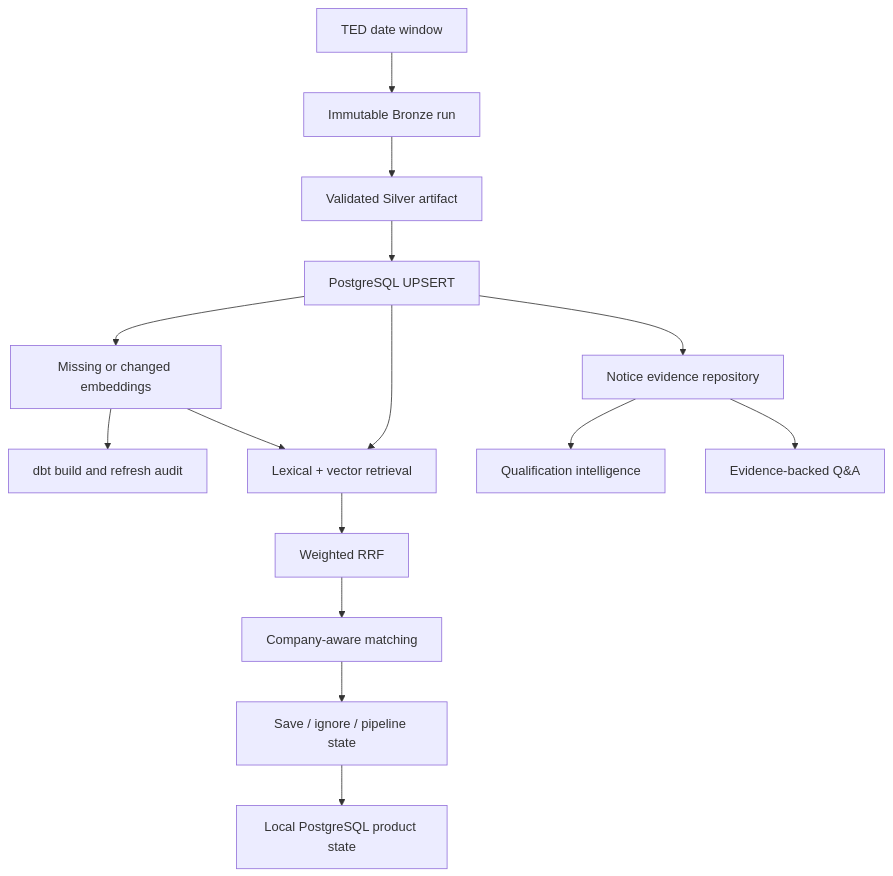
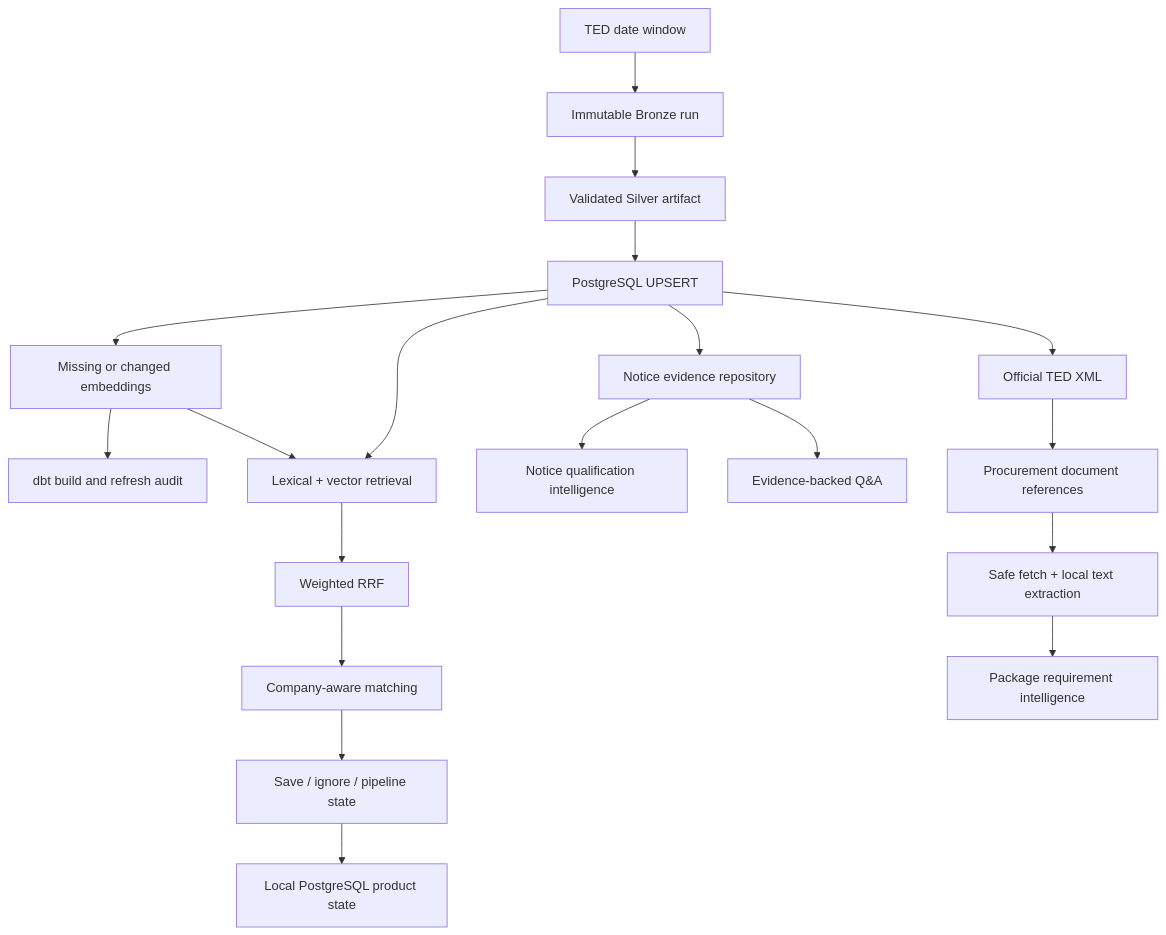
Before and after one commit to Tanjim-hossain/eu-tender-intelligence-platform: the diagram in README.md, drawn with Mermaid. The commit also changed other lines of this file and 21 other files, not shown here.

First line of the commit message:
feat: add procurement document package intelligence

````diff
--- a/README.md
+++ b/README.md
@@ -46,17 +51,21 @@
 ```mermaid
 flowchart TD
     A["TED date window"] --> B["Immutable Bronze run"]
     B --> C["Validated Silver artifact"]
     C --> D["PostgreSQL UPSERT"]
     D --> E["Missing or changed embeddings"]
     E --> F["dbt build and refresh audit"]
     D --> G["Lexical + vector retrieval"]
     E --> G
     G --> H["Weighted RRF"]
     H --> I["Company-aware matching"]
     I --> J["Save / ignore / pipeline state"]
     D --> K["Notice evidence repository"]
-    K --> L["Qualification intelligence"]
+    K --> L["Notice qualification intelligence"]
     K --> M["Evidence-backed Q&A"]
+    D --> O["Official TED XML"]
+    O --> P["Procurement document references"]
+    P --> Q["Safe fetch + local text extraction"]
+    Q --> R["Package requirement intelligence"]
     J --> N["Local PostgreSQL product state"]
 ```
````
